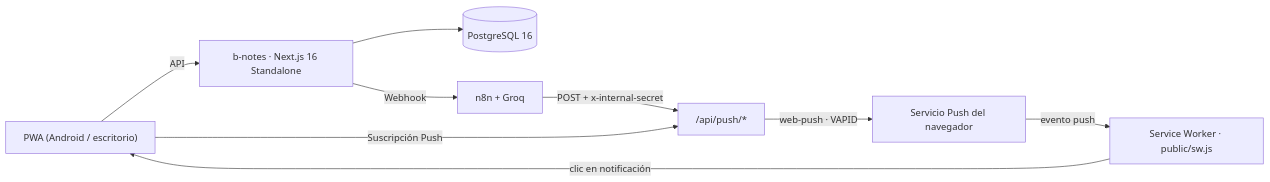
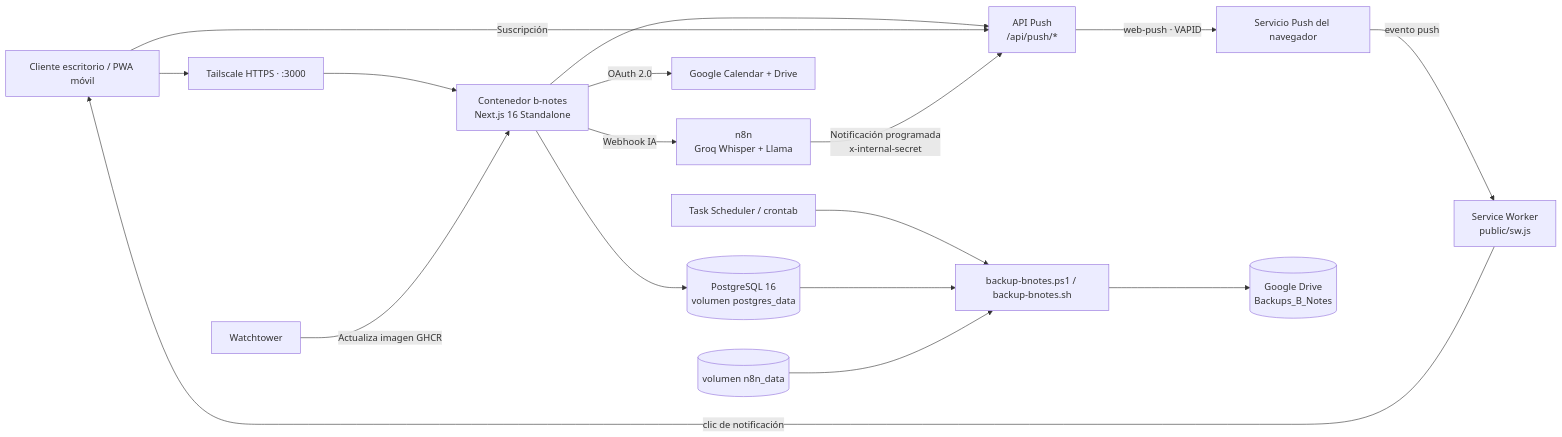
The diagram in README.md (TITA-b/b_notes), drawn with Mermaid before and after one commit. The commit also changed other lines of this file and 5 other files, not shown here.

Commit message:
docs: add architecture diagram, stack badges, deployment checklist, and sanitized screenshots

````diff
--- a/README.md
+++ b/README.md
@@ -19,11 +21,19 @@
 ```mermaid
-flowchart LR
-  PWA["PWA (Android / escritorio)"] -->|"API"| App["b-notes · Next.js 16 Standalone"]
-  App --> DB[("PostgreSQL 16")]
-  App -->|"Webhook"| N8N["n8n + Groq"]
-  PWA -->|"Suscripción Push"| PushAPI["/api/push/*"]
-  N8N -->|"POST + x-internal-secret"| PushAPI
+graph LR
+  Client["Cliente escritorio / PWA móvil"] --> Tailscale["Tailscale HTTPS · :3000"]
+  Tailscale --> App["Contenedor b-notes<br/>Next.js 16 Standalone"]
+  App --> PG[("PostgreSQL 16<br/>volumen postgres_data")]
+  App -->|"Webhook IA"| N8N["n8n<br/>Groq Whisper + Llama"]
+  App -->|"OAuth 2.0"| Google["Google Calendar + Drive"]
+  App --> PushAPI["API Push<br/>/api/push/*"]
+  Client -->|"Suscripción"| PushAPI
+  N8N -->|"Notificación programada<br/>x-internal-secret"| PushAPI
   PushAPI -->|"web-push · VAPID"| PushService["Servicio Push del navegador"]
-  PushService -->|"evento push"| SW["Service Worker · public/sw.js"]
-  SW -->|"clic en notificación"| PWA
+  PushService -->|"evento push"| SW["Service Worker<br/>public/sw.js"]
+  SW -->|"clic de notificación"| Client
+  Watchtower["Watchtower"] -->|"Actualiza imagen GHCR"| App
+  Scheduler["Task Scheduler / crontab"] --> Backup["backup-bnotes.ps1 / backup-bnotes.sh"]
+  PG --> Backup
+  N8NData[("volumen n8n_data")] --> Backup
+  Backup --> Drive[("Google Drive<br/>Backups_B_Notes")]
 ```
````
